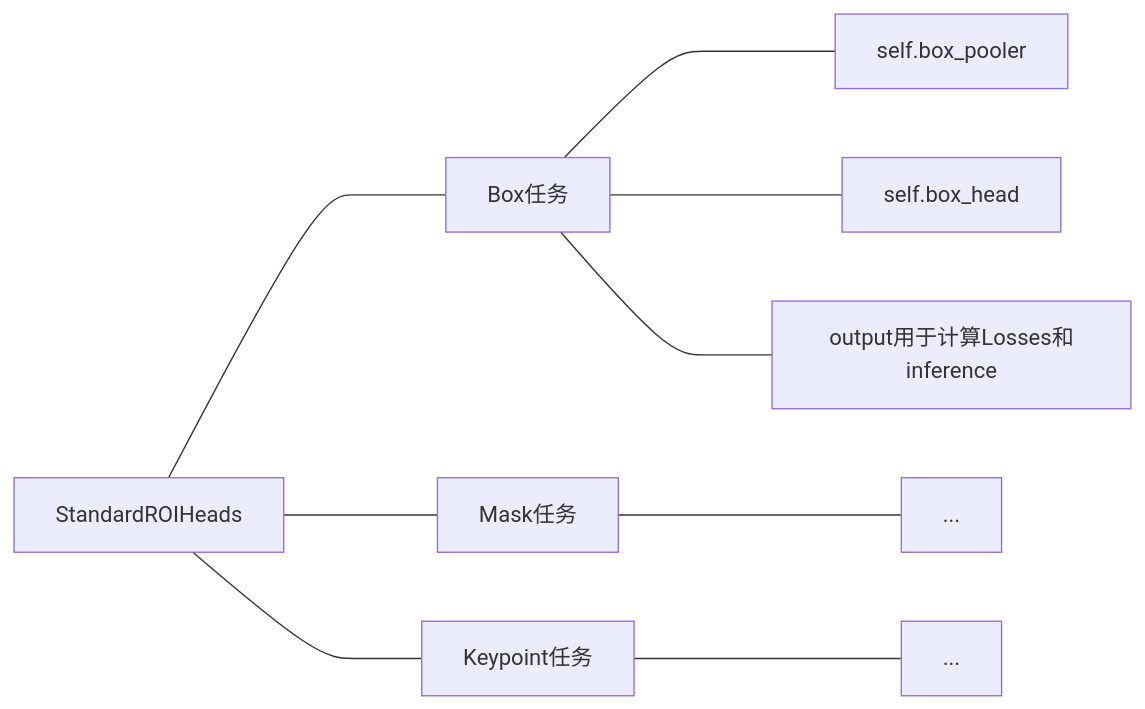
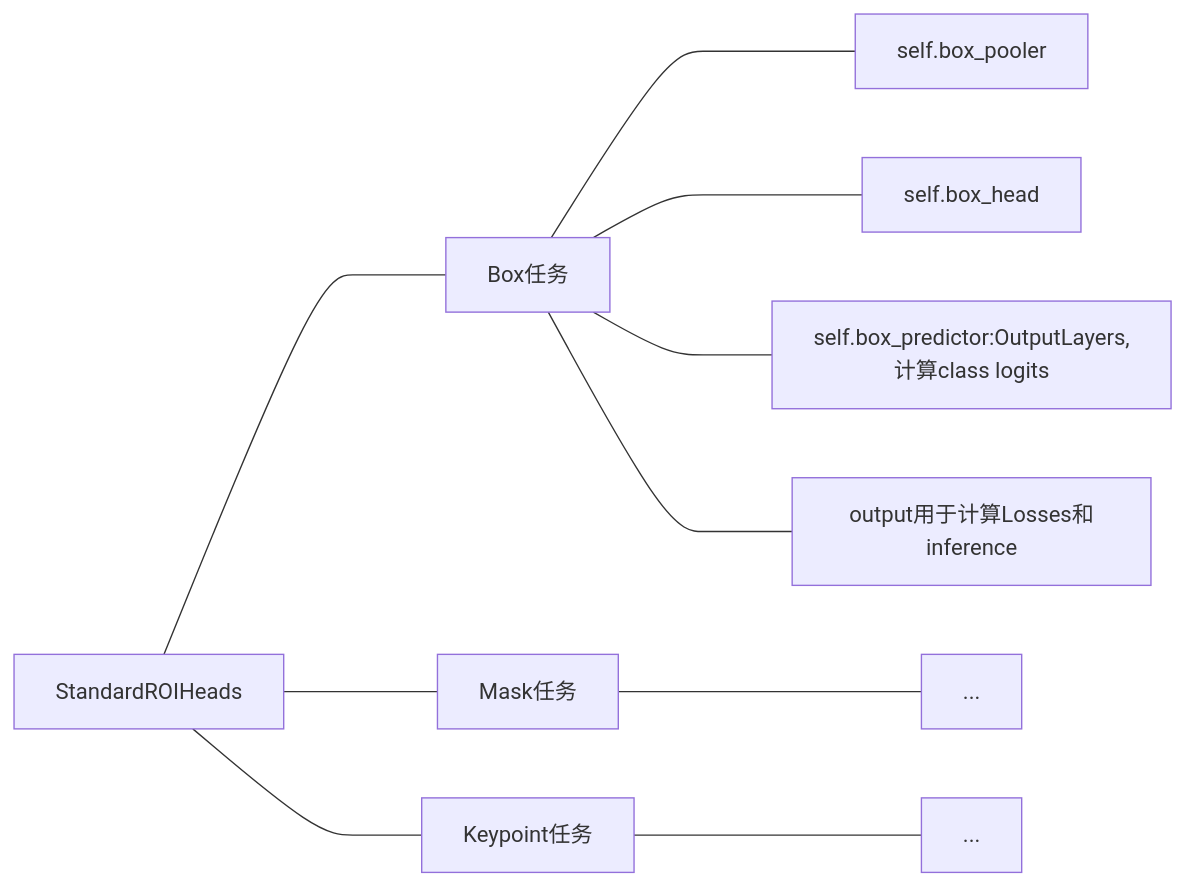
Before and after one commit to 2742195759/xkblog: the third of 3 diagrams in _posts/2021-02-20-MattNet网络理解.markdown, drawn with Mermaid. The commit also changed other lines of this file and 1 other file, not shown here.

````diff
--- a/_posts/2021-02-20-MattNet网络理解.markdown
+++ b/_posts/2021-02-20-MattNet网络理解.markdown
@@ -272,13 +272,14 @@
 ```mermaid
 graph LR
 A[StandardROIHeads] ---- B[Box任务]
 A ---- C[Mask任务]
 A ---- D[Keypoint任务]
 
 B ---- B1[self.box_pooler]
 B ---- B2[self.box_head]
-B ---- B3[output用于计算Losses和inference]
+B ---- B3[self.box_predictor:OutputLayers,计算class logits]
+B ---- B4[output用于计算Losses和inference]
 
 C ---- C1[...]
 D ---- D1[...]
 ```
````
